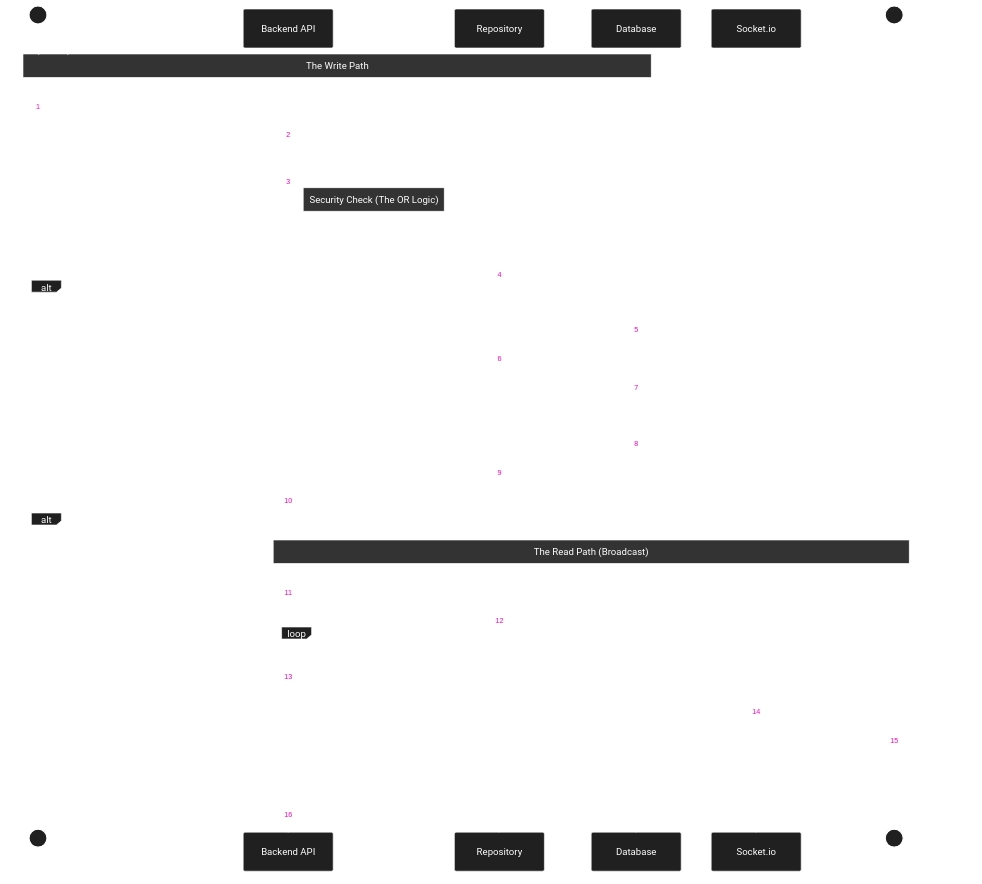
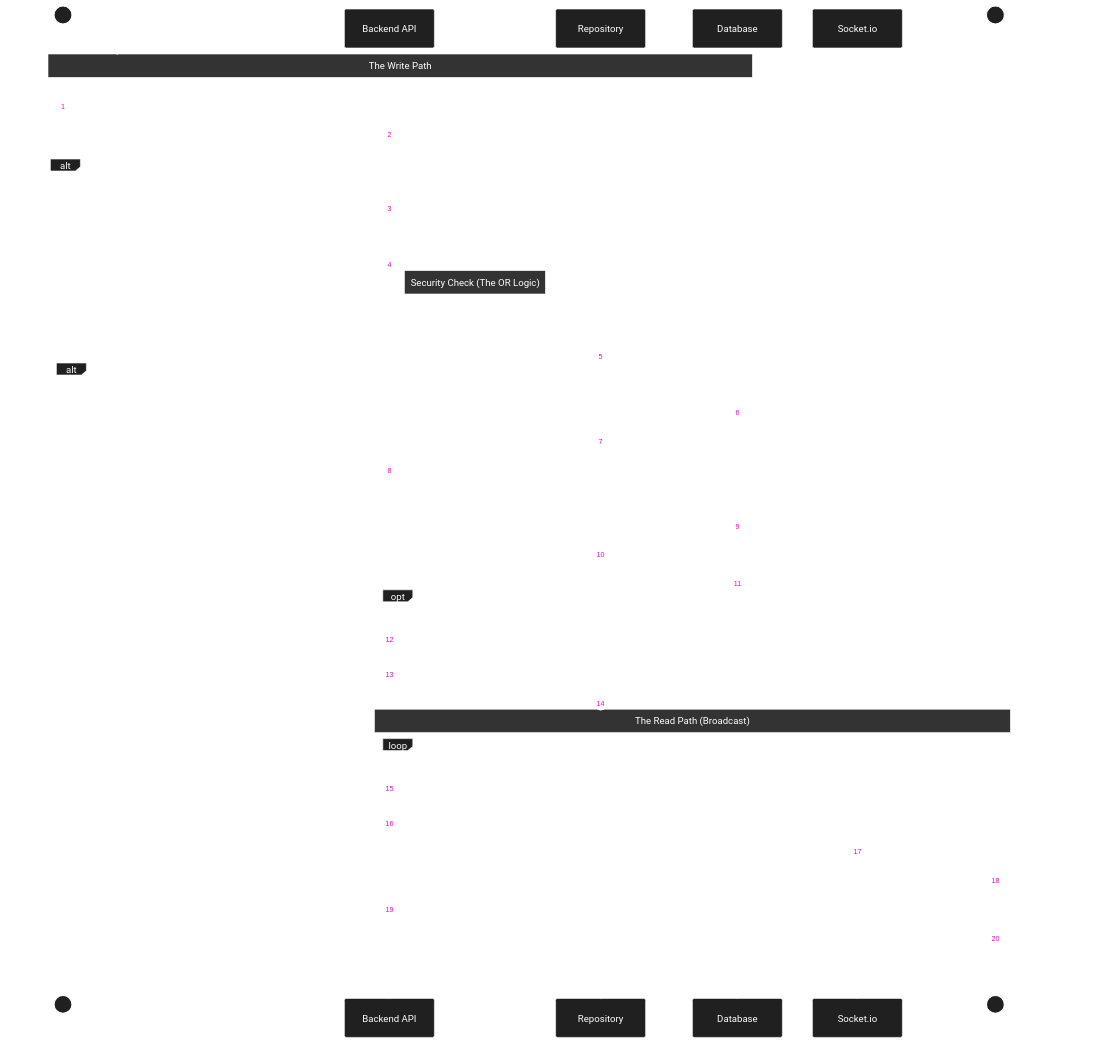
One commit to michaelgreenl/tally-tracker changed the diagram in docs/diagrams/sequence/counter/realtime-shared-increment.md. Above: the diagram before and after it, drawn with Mermaid. The commit also changed other lines of this file and 8 other files, not shown here.

First line of the commit message:
docs(diagrams): match the diagrams to the current code

````diff
--- a/docs/diagrams/sequence/counter/realtime-shared-increment.md
+++ b/docs/diagrams/sequence/counter/realtime-shared-increment.md
@@ -3,63 +3,69 @@
 ```mermaid
 %%{
   init: {
     'theme': 'base',
     'themeVariables': {
       'primaryColor': '#202020',
       'primaryTextColor': '#fff',
       'primaryBorderColor': '#ffffff',
       'lineColor': '#00ff41',
       'secondaryColor': '#006100',
       'tertiaryColor': '#fff',
       'noteBkgColor': '#333',
       'noteTextColor': '#fff',
       'noteBorderColor': '#fff'
     }
   }
 }%%
 
 sequenceDiagram
     autonumber
-    actor Owner as User A (Owner)
+    actor Writer as User A (Owner or Member)
     participant API as Backend API
     participant Repo as Repository
     participant DB as Database
     participant Socket as Socket.io
-    actor Viewer as User B (Shared)
+    actor Viewer as User B (Participant)
 
-    Note over Owner, DB: The Write Path
-    Owner->>API: PUT /counters/increment/:counterId (Amount: 1)
+    Note over Writer, DB: The Write Path
+    Writer->>API: PUT /counters/increment/:counterId { amount } + idempotency key
 
     API->>API: runIdempotentMutation()
-    API->>Repo: increment({ counterId, userId, amount })
 
-    Note right of API: Security Check (The OR Logic)
-    Repo->>DB: Find Counter where:<br/>1. User is Owner<br/>OR<br/>2. Share is ACCEPTED
+    alt Replayed Idempotency Key
+        API-->>Writer: Original status and body, without a second emit
+    else Fresh Mutation
+        API->>Repo: increment({ counterId, userId, amount })
 
-    alt Permission Granted
-        DB-->>Repo: Counter Found
-        Repo->>DB: Update count
-        DB-->>API: Updated Counter Data
-    else Permission Denied
-        DB-->>Repo: Null
-        Repo-->>API: Null
-        API-->>Owner: 404 Not Found
+        Note right of API: Security Check (The OR Logic)
+        Repo->>DB: Find Counter where:<br/>1. User is Owner<br/>OR<br/>2. Share is ACCEPTED
+
+        alt Permission Denied
+            DB-->>Repo: Null
+            Repo-->>API: Null
+            API-->>Writer: 404 Not Found
+        else Permission Granted
+            DB-->>Repo: Counter Found
+            Repo->>DB: Atomic increment
+            DB-->>API: Updated Counter Data
+
+            opt Shared counter and amount is not 0
+                API->>DB: Upsert CounterActivity (latest change per member)
+            end
+
+            API->>Repo: getParticipants(counterId)
+            Repo-->>API: Owner and accepted member IDs
+
+            Note over API, Viewer: The Read Path (Broadcast)
+            loop For Each Participant
+                API->>Socket: io.to(UserID).emit('counter-update', counter)
+            end
+            API-->>Writer: 200 OK { counter }
+
+            Socket-->>Viewer: Event: 'counter-update'
+            Viewer->>API: GET /counters
+            API-->>Viewer: Current counters
+            Viewer->>Viewer: Merge the snapshot with pending local writes
+        end
     end
-
-    alt Fresh Mutation
-        Note over API, Viewer: The Read Path (Broadcast)
-
-        API->>Repo: getParticipants(counterId)
-        Repo-->>API: Returns [OwnerID, ViewerID]
-
-        loop For Each Participant
-            API->>Socket: io.to(UserID).emit('counter-update', counter)
-        end
-
-        Socket-->>Viewer: Event: 'counter-update'
-        Viewer->>Viewer: Store Updates State (UI Refreshes)
-    else Replayed Idempotency Response
-        API-->>Owner: Return original response without re-emitting
-    end
-
 ```
````
